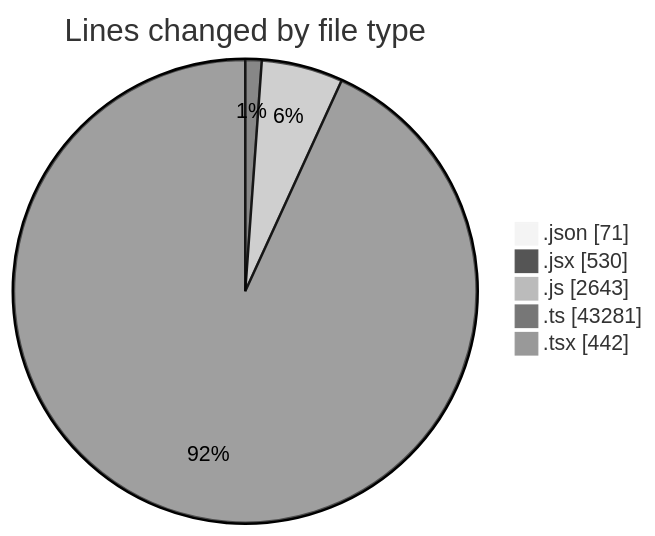
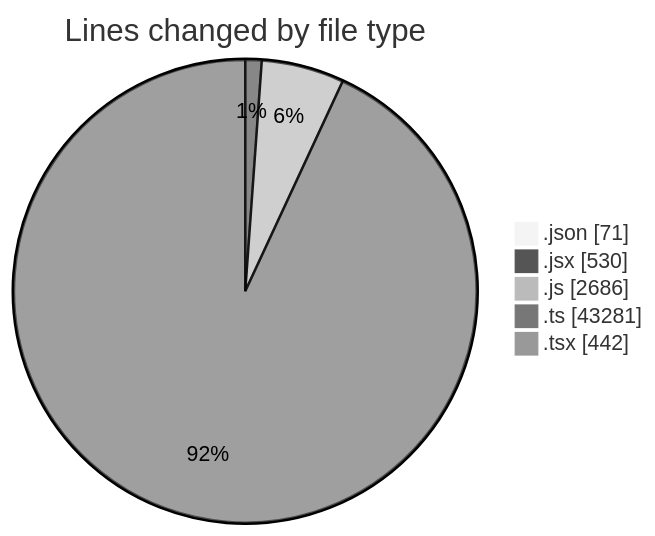
The first of 2 diagrams in 2026-03-02/cda/README.md (momahboobian/code-tracking), drawn with Mermaid (neutral theme) before and after one commit. The commit also changed other lines of this file and 1 other file, not shown here.

````diff
--- a/2026-03-02/cda/README.md
+++ b/2026-03-02/cda/README.md
@@ -32,9 +33,9 @@
 ```mermaid
 pie showData
 title Lines changed by file type
 ".json" : 71
 ".jsx" : 530
-".js" : 2643
+".js" : 2686
 ".ts" : 43281
 ".tsx" : 442
 ```
````
